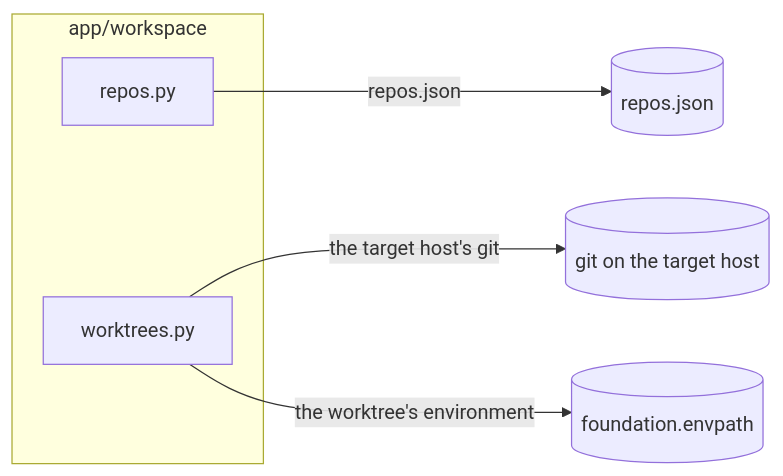
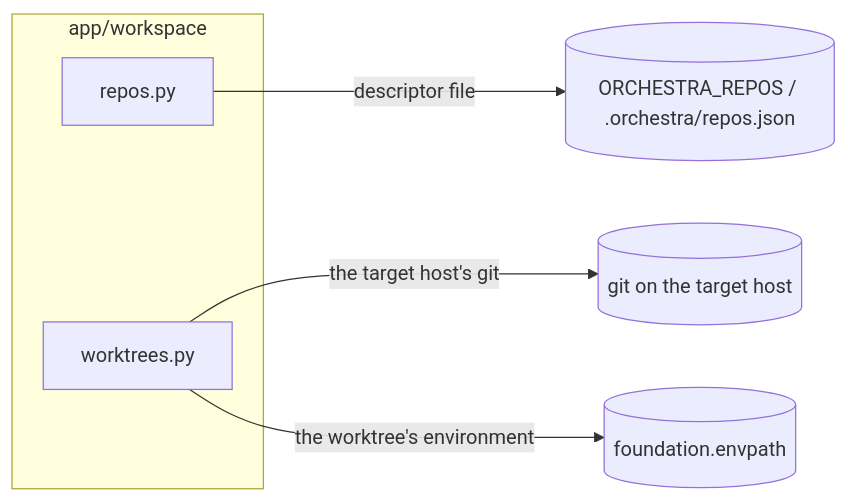
Before and after one commit to 6r0m/orchestra: the diagram in app/workspace/docs/architecture/diagrams/main.md, drawn with Mermaid. The commit also changed 26 other files, not shown here.

````diff
--- a/app/workspace/docs/architecture/diagrams/main.md
+++ b/app/workspace/docs/architecture/diagrams/main.md
@@ -5,13 +5,13 @@
 ```mermaid
 flowchart LR
     subgraph pkg["app/workspace"]
         repos["repos.py"]
         worktrees["worktrees.py"]
     end
-    descriptors_ext[("repos.json")]
+    descriptors_ext[("ORCHESTRA_REPOS / .orchestra/repos.json")]
     git_ext[("git on the target host")]
     envpath_ext[("foundation.envpath")]
-    repos -->|"repos.json"| descriptors_ext
+    repos -->|"descriptor file"| descriptors_ext
     worktrees -->|"the target host's git"| git_ext
     worktrees -->|"the worktree's environment"| envpath_ext
 ```
````
